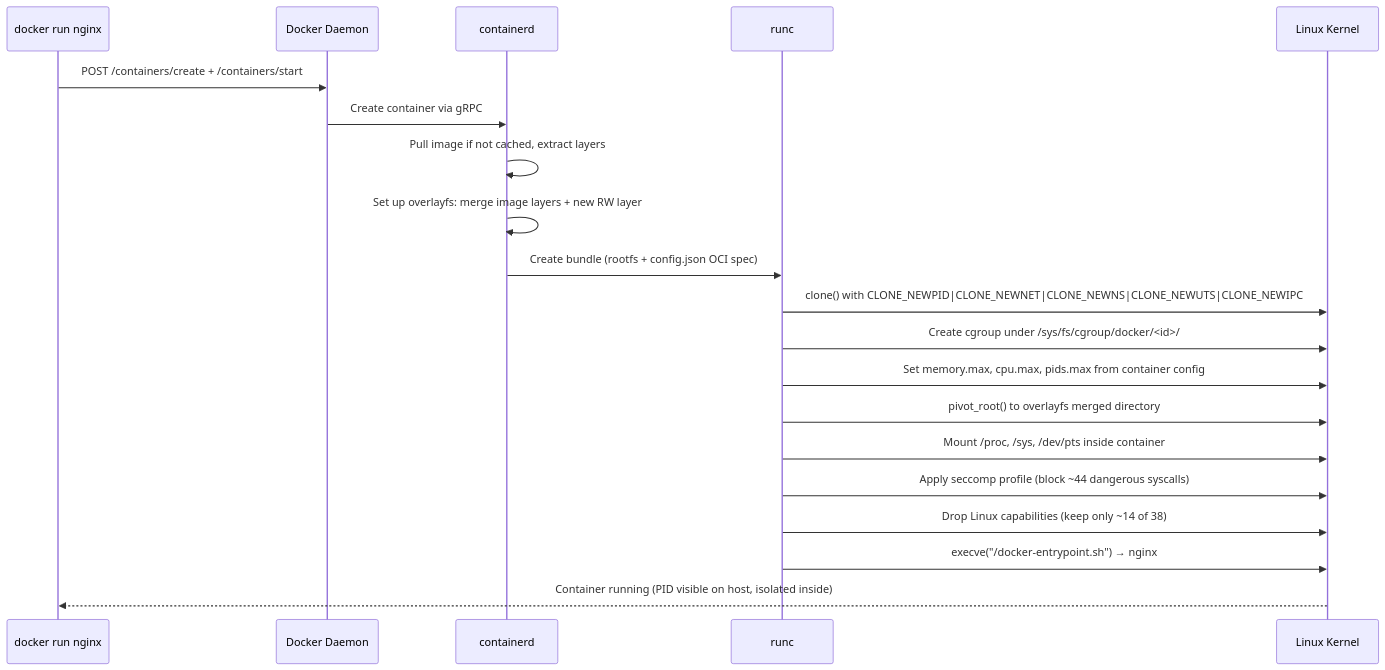
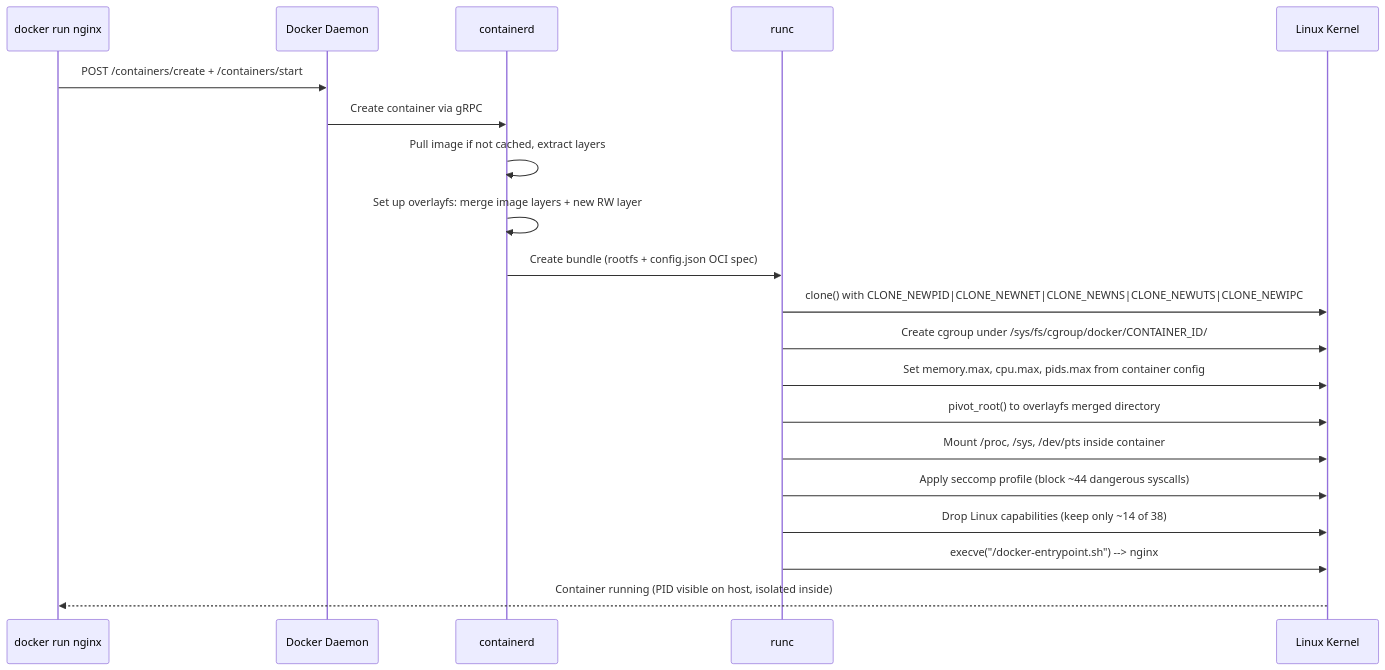
One commit to deepanshu-rawat6/tour-of-go changed diagram 12 of 13 in devops/linux/containers-evolution.md. Above: the diagram before and after it, drawn with Mermaid. The commit also changed 25 other files, not shown here.

````diff
--- a/devops/linux/containers-evolution.md
+++ b/devops/linux/containers-evolution.md
@@ -501,23 +501,23 @@
 ```mermaid
 sequenceDiagram
     participant CLI as docker run nginx
     participant D as Docker Daemon
     participant C as containerd
     participant R as runc
     participant K as Linux Kernel
 
     CLI->>D: POST /containers/create + /containers/start
     D->>C: Create container via gRPC
     C->>C: Pull image if not cached, extract layers
     C->>C: Set up overlayfs: merge image layers + new RW layer
     C->>R: Create bundle (rootfs + config.json OCI spec)
     R->>K: clone() with CLONE_NEWPID|CLONE_NEWNET|CLONE_NEWNS|CLONE_NEWUTS|CLONE_NEWIPC
-    R->>K: Create cgroup under /sys/fs/cgroup/docker/<id>/
+    R->>K: Create cgroup under /sys/fs/cgroup/docker/CONTAINER_ID/
     R->>K: Set memory.max, cpu.max, pids.max from container config
     R->>K: pivot_root() to overlayfs merged directory
     R->>K: Mount /proc, /sys, /dev/pts inside container
     R->>K: Apply seccomp profile (block ~44 dangerous syscalls)
     R->>K: Drop Linux capabilities (keep only ~14 of 38)
-    R->>K: execve("/docker-entrypoint.sh") → nginx
+    R->>K: execve("/docker-entrypoint.sh") --> nginx
     K-->>CLI: Container running (PID visible on host, isolated inside)
 ```
````
